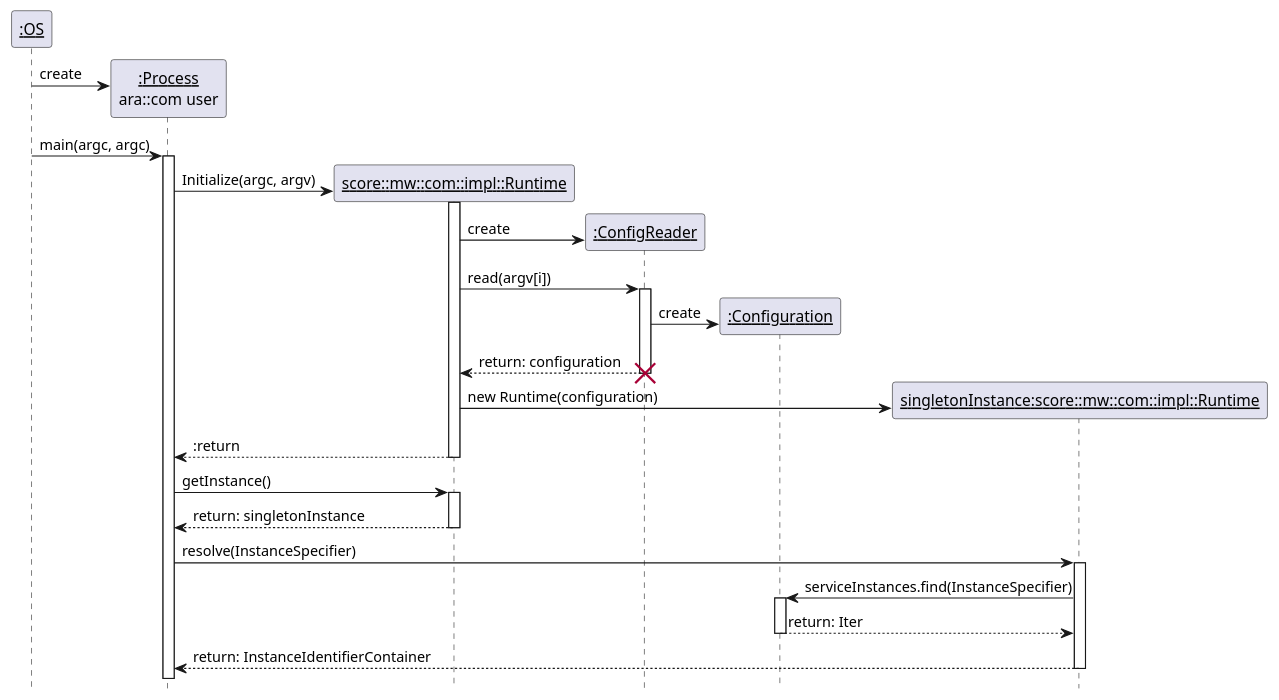
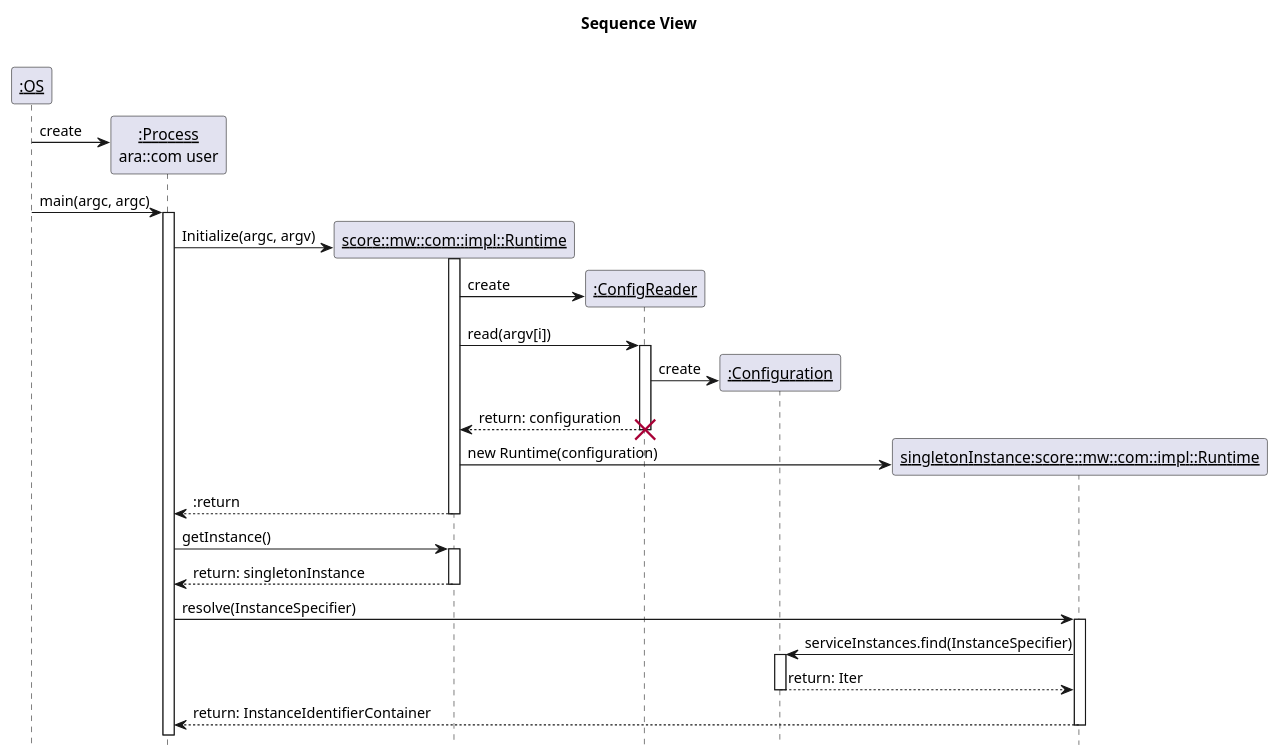
Before and after one commit to eclipse-score/communication: the diagram in score/mw/com/design/configuration/sequence_view.puml, drawn with PlantUML. The commit also changed 2 other files, not shown here.

Commit message:
Align diagram title, fix relationshios between classes in structural_view of configuration

```diff
--- a/score/mw/com/design/configuration/sequence_view.puml
+++ b/score/mw/com/design/configuration/sequence_view.puml
@@ -1,56 +1,55 @@
 @startuml
-'!include ../puml-theme-score.puml
-
+title "Sequence View"
 hide footbox
 
 participant "<u>:OS</u>" as OS
 participant "<u>:Process</u>\nara::com user" as Process
 participant "<u>score::mw::com::impl::Runtime</u>" as Runtime
 participant "<u>:ConfigReader</u>" as ConfigReader
 participant "<u>:Configuration</u>" as Configuration
 participant "<u>singletonInstance:score::mw::com::impl::Runtime</u>" as SingletonRuntime
 
 create Process
 OS -> Process : create
 OS -> Process : main(argc, argc)
 activate Process
 
 create Runtime
 Process -> Runtime : Initialize(argc, argv)
 activate Runtime
 
 create ConfigReader
 Runtime -> ConfigReader : create
 Runtime -> ConfigReader : read(argv[i])
 activate ConfigReader
 
 create Configuration
 ConfigReader -> Configuration: create
 ConfigReader --> Runtime : return: configuration
 destroy ConfigReader
 
 create SingletonRuntime
 Runtime -> SingletonRuntime : new Runtime(configuration)
 
 Runtime --> Process : :return
 deactivate Runtime
 
 Process -> Runtime : getInstance()
 activate Runtime
 
 Runtime --> Process : return: singletonInstance
 deactivate Runtime
 
 Process -> SingletonRuntime : resolve(InstanceSpecifier)
 activate SingletonRuntime
 
 SingletonRuntime -> Configuration : serviceInstances.find(InstanceSpecifier)
 activate Configuration
 
 Configuration --> SingletonRuntime : return: Iter
 deactivate Configuration
 
 SingletonRuntime --> Process : return: InstanceIdentifierContainer
 deactivate SingletonRuntime
 
 @enduml
```
